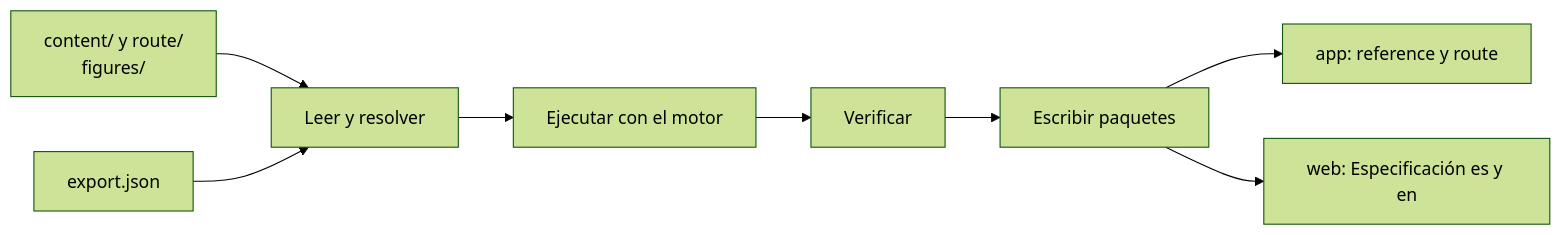
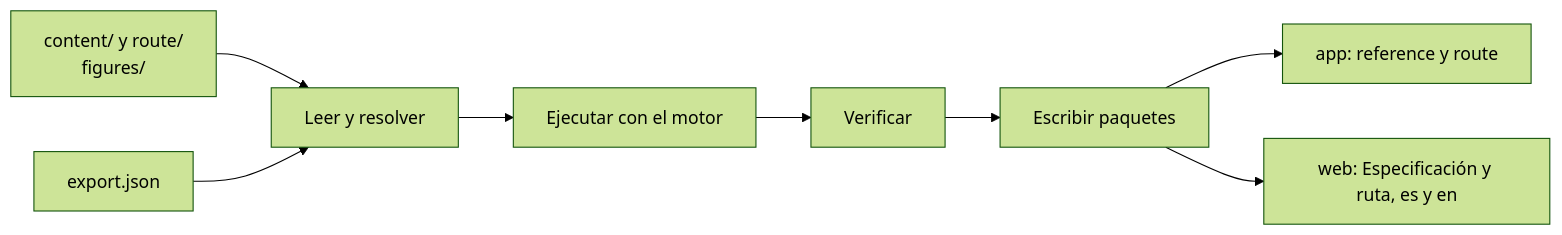
Before and after one commit to cgutieco/pseudolearn: the third of 3 diagrams in packages/pseudolearn_reference/README.md, drawn with Mermaid (forest theme). The commit also changed other lines of this file and 734 other files, not shown here.

````diff
--- a/packages/pseudolearn_reference/README.md
+++ b/packages/pseudolearn_reference/README.md
@@ -70,10 +70,10 @@
 ```mermaid
 flowchart LR
     src["content/ y route/<br/>figures/"] --> read[Leer y resolver]
     corpus["export.json"] --> read
     read --> run[Ejecutar con el motor]
     run --> verify[Verificar]
     verify --> write[Escribir paquetes]
     write --> app["app: reference y route"]
-    write --> web["web: Especificación es y en"]
+    write --> web["web: Especificación y ruta, es y en"]
 ```
````
